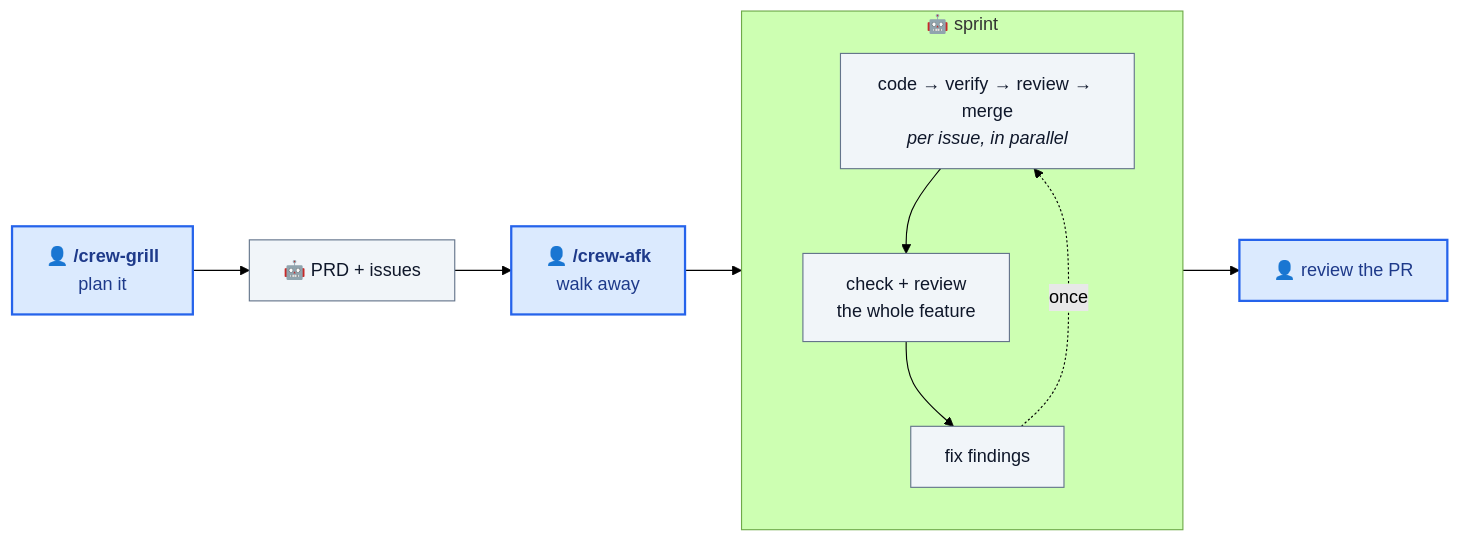
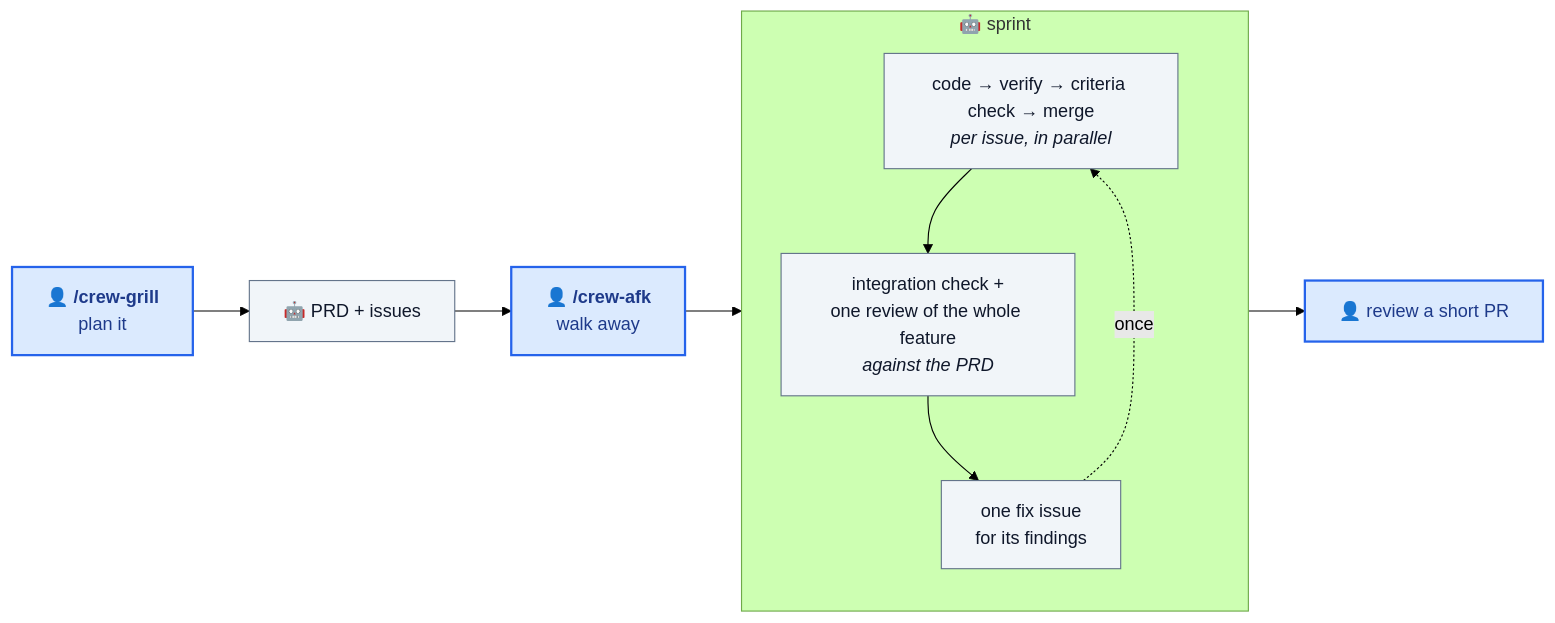
One commit to ypxing/coding-crew changed the diagram in README.md. Above: the diagram before and after it, drawn with Mermaid (forest theme). The commit also changed other lines of this file, not shown here.

First line of the commit message:
README: describe the lean-review flow

````diff
--- a/README.md
+++ b/README.md
@@ -45,21 +46,21 @@
 ```mermaid
 flowchart LR
     plan["👤 <b>/crew-grill</b><br/>plan it"] --> issues["🤖 PRD + issues"]
     issues --> afk["👤 <b>/crew-afk</b><br/>walk away"]
 
     subgraph sprint["🤖 sprint"]
         direction TB
-        build["code → verify → review → merge<br/><i>per issue, in parallel</i>"]
-        check["check + review<br/>the whole feature"]
-        fix["fix findings"]
+        build["code → verify → criteria check → merge<br/><i>per issue, in parallel</i>"]
+        check["integration check +<br/>one review of the whole feature<br/><i>against the PRD</i>"]
+        fix["one fix issue<br/>for its findings"]
         build --> check --> fix
         fix -. "once" .-> build
     end
 
-    afk --> sprint --> pr["👤 review the PR"]
+    afk --> sprint --> pr["👤 review a short PR"]
 
     classDef human fill:#dbeafe,stroke:#2563eb,stroke-width:2px,color:#1e3a8a
     classDef bot fill:#f1f5f9,stroke:#64748b,color:#0f172a
     class plan,afk,pr human
     class issues,build,check,fix bot
 ```
````
